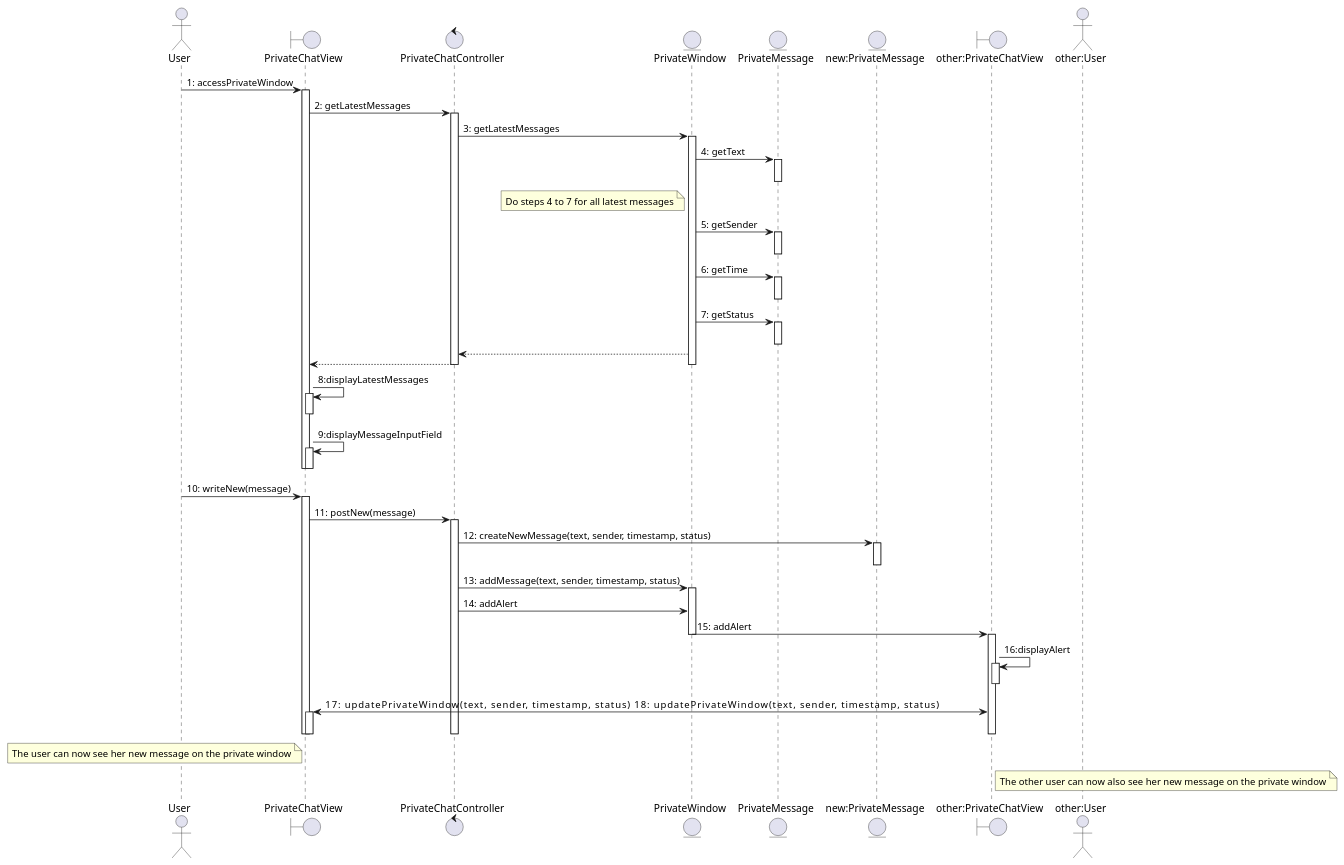
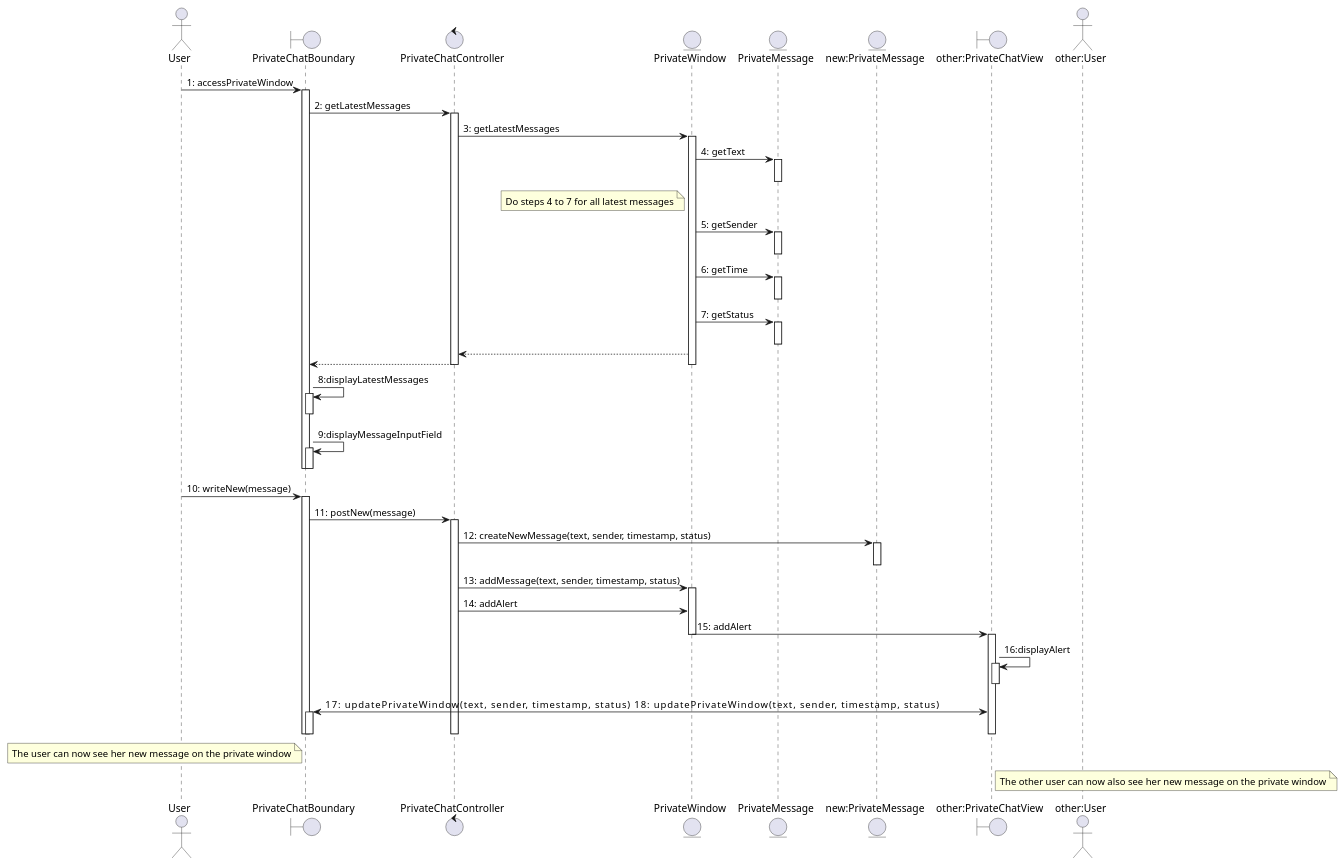
Before and after one commit to Lorilandly/ESN: the diagram in docs/ooa/chat-privately/sequence.puml, drawn with PlantUML.

Commit message:
Add sequence diagram for chat privately use case

```diff
--- a/docs/ooa/chat-privately/sequence.puml
+++ b/docs/ooa/chat-privately/sequence.puml
@@ -1,71 +1,71 @@
 @startuml
 actor User as u
-boundary PrivateChatView as pcv
+boundary PrivateChatBoundary as pcv
 control PrivateChatController as pcc
 entity PrivateWindow as pw
 entity PrivateMessage as pm
 entity "new:PrivateMessage" as npm
 boundary "other:PrivateChatView" as opvc
 actor "other:User" as ou
 u -> pcv: 1: accessPrivateWindow
 activate pcv
 pcv -> pcc: 2: getLatestMessages
 activate pcc
 pcc -> pw: 3: getLatestMessages
 activate pw
 pw -> pm: 4: getText
 note left of pw
  Do steps 4 to 7 for all latest messages
 end note
 activate pm
 deactivate pm
 pw -> pm: 5: getSender
 activate pm
 deactivate pm
 pw -> pm: 6: getTime
 activate pm
 deactivate pm
 pw -> pm: 7: getStatus
 activate pm
 deactivate pm
 pw --> pcc
 pcc --> pcv
 deactivate pcc
 deactivate pw
 pcv -> pcv: 8:displayLatestMessages
 activate pcv
 deactivate pcv
 pcv -> pcv: 9:displayMessageInputField
 activate pcv
 deactivate pcv
 deactivate pcv
 u -> pcv: 10: writeNew(message)
 activate pcv
 pcv -> pcc: 11: postNew(message)
 activate pcc
 pcc -> npm: 12: createNewMessage(text, sender, timestamp, status)
 activate npm
 deactivate npm
 pcc -> pw: 13: addMessage(text, sender, timestamp, status)
 activate pw
 pcc -> pw: 14: addAlert
 pw -> opvc: 15: addAlert
 deactivate pw
 activate opvc
 opvc -> opvc: 16:displayAlert
 activate opvc
 deactivate opvc
 pcv <-> opvc: 17: updatePrivateWindow(text, sender, timestamp, status)                                       18: updatePrivateWindow(text, sender, timestamp, status)
 note left of pcv
  The user can now see her new message on the private window
 end note
 note right of opvc
  The other user can now also see her new message on the private window
 end note
 activate pcv
 deactivate pcv
 deactivate pcc
 deactivate opvc
 deactivate pcv
 
 @enduml
```
